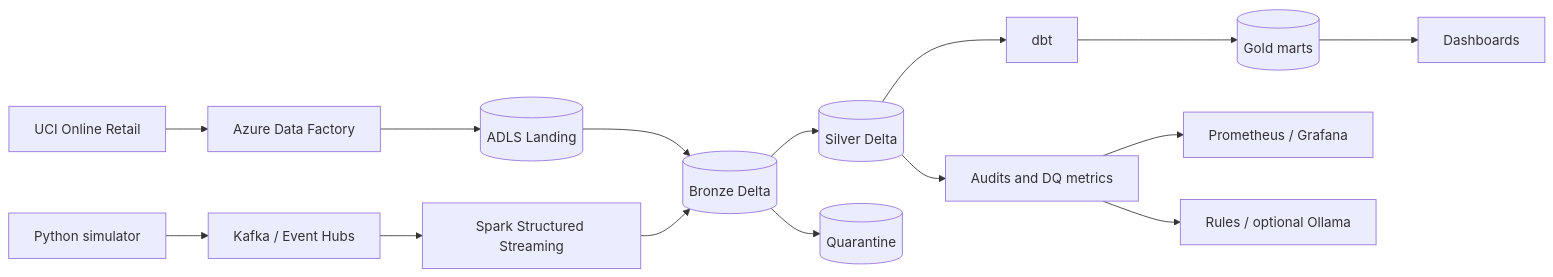
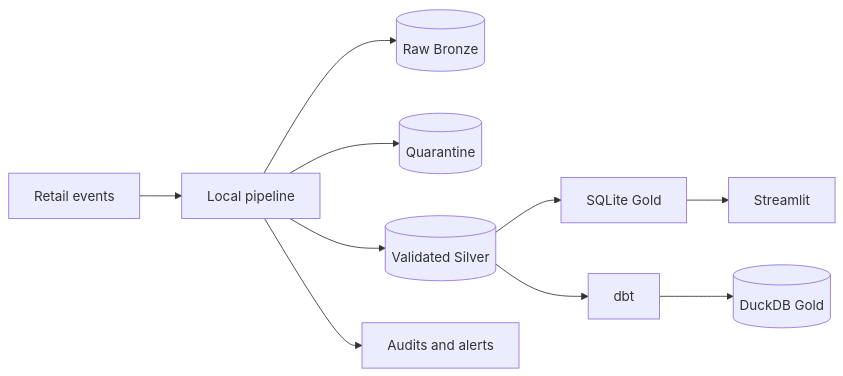
One commit to PK-999/retailpulse changed the diagram in README.md. Above: the diagram before and after it, drawn with Mermaid. The commit also changed other lines of this file and 25 other files, not shown here.

````diff
--- a/README.md
+++ b/README.md
@@ -37,12 +71,10 @@
 ```mermaid
 flowchart LR
-  UCI[UCI Online Retail] --> ADF[Azure Data Factory]
-  SIM[Python simulator] --> BUS[Kafka / Event Hubs]
-  ADF --> LAND[(ADLS Landing)] --> BRONZE[(Bronze Delta)]
-  BUS --> SPARK[Spark Structured Streaming] --> BRONZE
-  BRONZE --> SILVER[(Silver Delta)]
-  BRONZE --> QUAR[(Quarantine)]
-  SILVER --> DBT[dbt] --> GOLD[(Gold marts)] --> BI[Dashboards]
-  SILVER --> OPS[Audits and DQ metrics] --> MON[Prometheus / Grafana]
-  OPS --> AI[Rules / optional Ollama]
+  E[Retail events] --> P[Local pipeline]
+  P --> B[(Raw Bronze)]
+  P --> Q[(Quarantine)]
+  P --> S[(Validated Silver)]
+  S --> SQ[SQLite Gold] --> UI[Streamlit]
+  S --> DBT[dbt] --> DU[(DuckDB Gold)]
+  P --> O[Audits and alerts]
 ```
````
